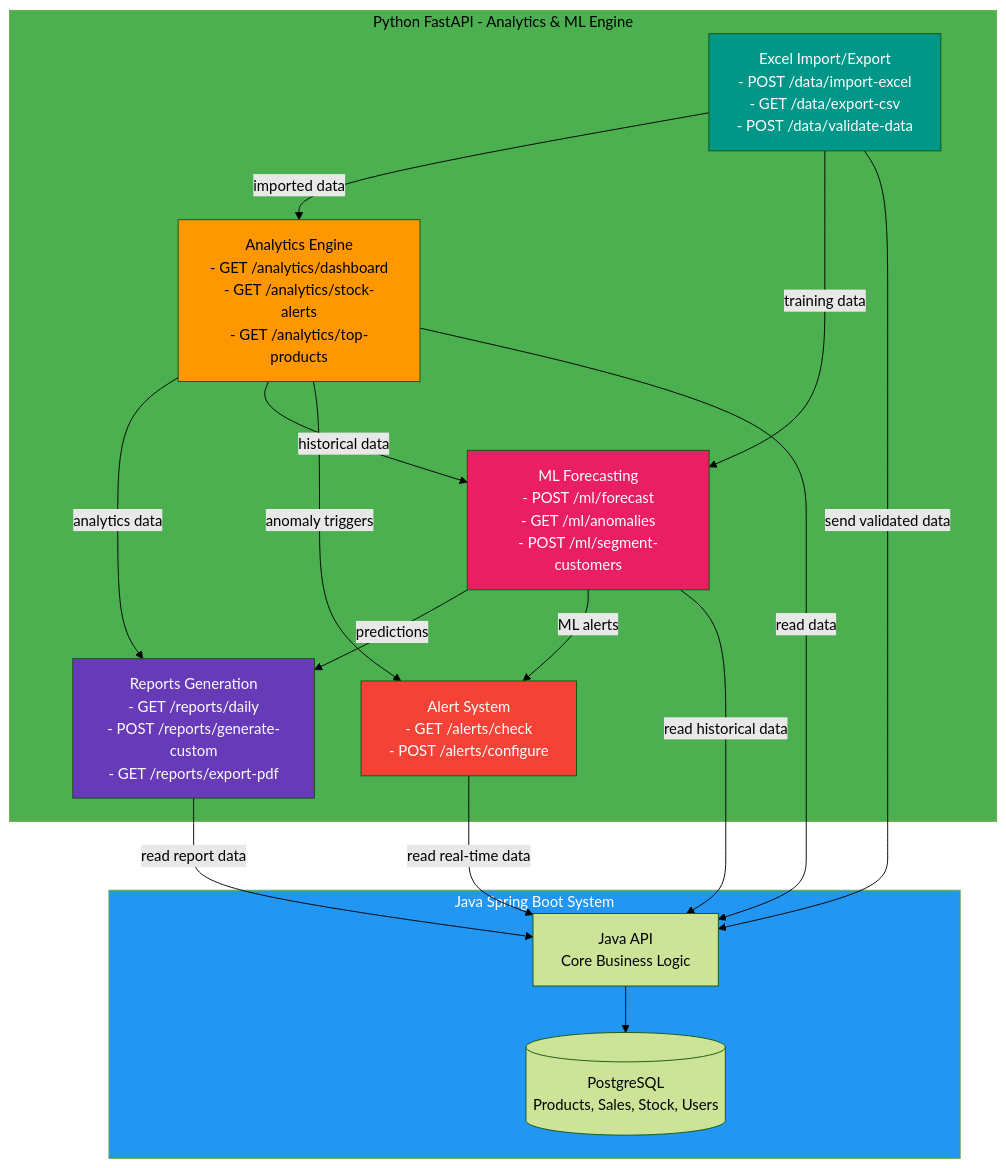
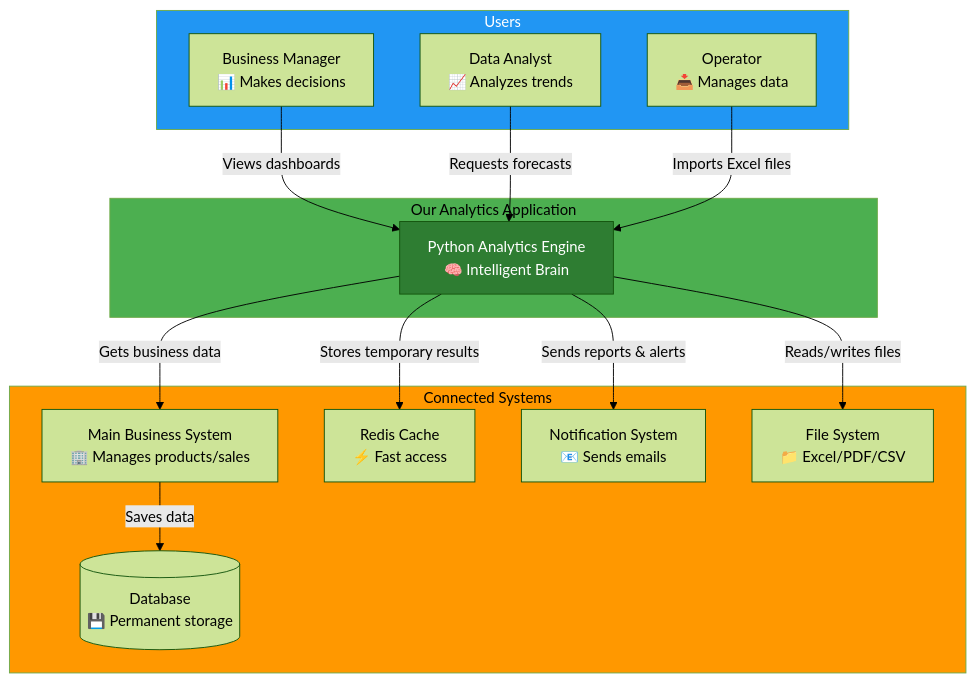
One commit to rado4002/-SalesFlow-Lite changed the first of 15 diagrams in backend-python/docs/SOFTWAREE DESIGN.md. Above: the diagram before and after it, drawn with Mermaid (forest theme). The commit also changed other lines of this file, not shown here.

````diff
--- a/backend-python/docs/SOFTWAREE DESIGN.md
+++ b/backend-python/docs/SOFTWAREE DESIGN.md
@@ -1,43 +1,44 @@
 ```mermaid
 graph TD
-    %% ==================== COUCHE API FASTAPI ====================
-    subgraph FastAPI[Python FastAPI - Analytics & ML Engine]
-        A1[Analytics Engine<br/>- GET /analytics/dashboard<br/>- GET /analytics/stock-alerts<br/>- GET /analytics/top-products]
-        A2[ML Forecasting<br/>- POST /ml/forecast<br/>- GET /ml/anomalies<br/>- POST /ml/segment-customers]
-        A3[Excel Import/Export<br/>- POST /data/import-excel<br/>- GET /data/export-csv<br/>- POST /data/validate-data]
-        A4[Reports Generation<br/>- GET /reports/daily<br/>- POST /reports/generate-custom<br/>- GET /reports/export-pdf]
-        A5[Alert System<br/>- GET /alerts/check<br/>- POST /alerts/configure]
+    %% ==================== OUR APPLICATION ====================
+    subgraph OurApp[Our Analytics Application]
+        PythonApp[Python Analytics Engine<br/>🧠 Intelligent Brain]
     end
 
-    %% ==================== CONNECTIONS INTERNES ====================
-    A3 -->|imported data| A1
-    A3 -->|training data| A2
-    A1 -->|analytics data| A4
-    A2 -->|predictions| A4
-    A1 -->|historical data| A2
-    A1 -->|anomaly triggers| A5
-    A2 -->|ML alerts| A5
+    %% ==================== USERS ====================
+    subgraph Users[Users]
+        Manager[Business Manager<br/>📊 Makes decisions]
+        Analyst[Data Analyst<br/>📈 Analyzes trends]
+        Operator[Operator<br/>📥 Manages data]
+    end
 
-    %% ==================== CONNECTIONS EXTERNES ====================
-    subgraph JavaSystem[Java Spring Boot System]
-        J[Java API<br/>Core Business Logic]
-        DB[(PostgreSQL<br/>Products, Sales, Stock, Users)]
+    %% ==================== CONNECTED SYSTEMS ====================
+    subgraph ConnectedSystems[Connected Systems]
+        BusinessSystem[Main Business System<br/>🏢 Manages products/sales]
+        DataStorage[(Database<br/>💾 Permanent storage)]
+        CacheSystem[Redis Cache<br/>⚡ Fast access]
+        Notification[Notification System<br/>📧 Sends emails]
+        FileSystem[File System<br/>📁 Excel/PDF/CSV]
     end
-    
-    J --> DB
-    
-    A1 -->|read data| J
-    A2 -->|read historical data| J
-    A3 -->|send validated data| J
-    A4 -->|read report data| J
-    A5 -->|read real-time data| J
+
+    %% ==================== INTERACTIONS ====================
+    %% Users -> Our App
+    Manager -->|Views dashboards| PythonApp
+    Analyst -->|Requests forecasts| PythonApp
+    Operator -->|Imports Excel files| PythonApp
+
+    %% Our App -> Systems
+    PythonApp -->|Gets business data| BusinessSystem
+    PythonApp -->|Stores temporary results| CacheSystem
+    PythonApp -->|Sends reports & alerts| Notification
+    PythonApp -->|Reads/writes files| FileSystem
+
+    %% Systems between themselves
+    BusinessSystem -->|Saves data| DataStorage
 
     %% ==================== STYLES ====================
-    style FastAPI fill:#4caf50,color:black
-    style JavaSystem fill:#2196f3,color:white
-    style A1 fill:#ff9800,color:black
-    style A2 fill:#e91e63,color:white
-    style A3 fill:#009688,color:white
-    style A4 fill:#673ab7,color:white
-    style A5 fill:#f44336,color:white
+    style OurApp fill:#4caf50,color:black
+    style Users fill:#2196f3,color:white
+    style ConnectedSystems fill:#ff9800,color:black
+    style PythonApp fill:#2e7d32,color:white
 ``` 
````
